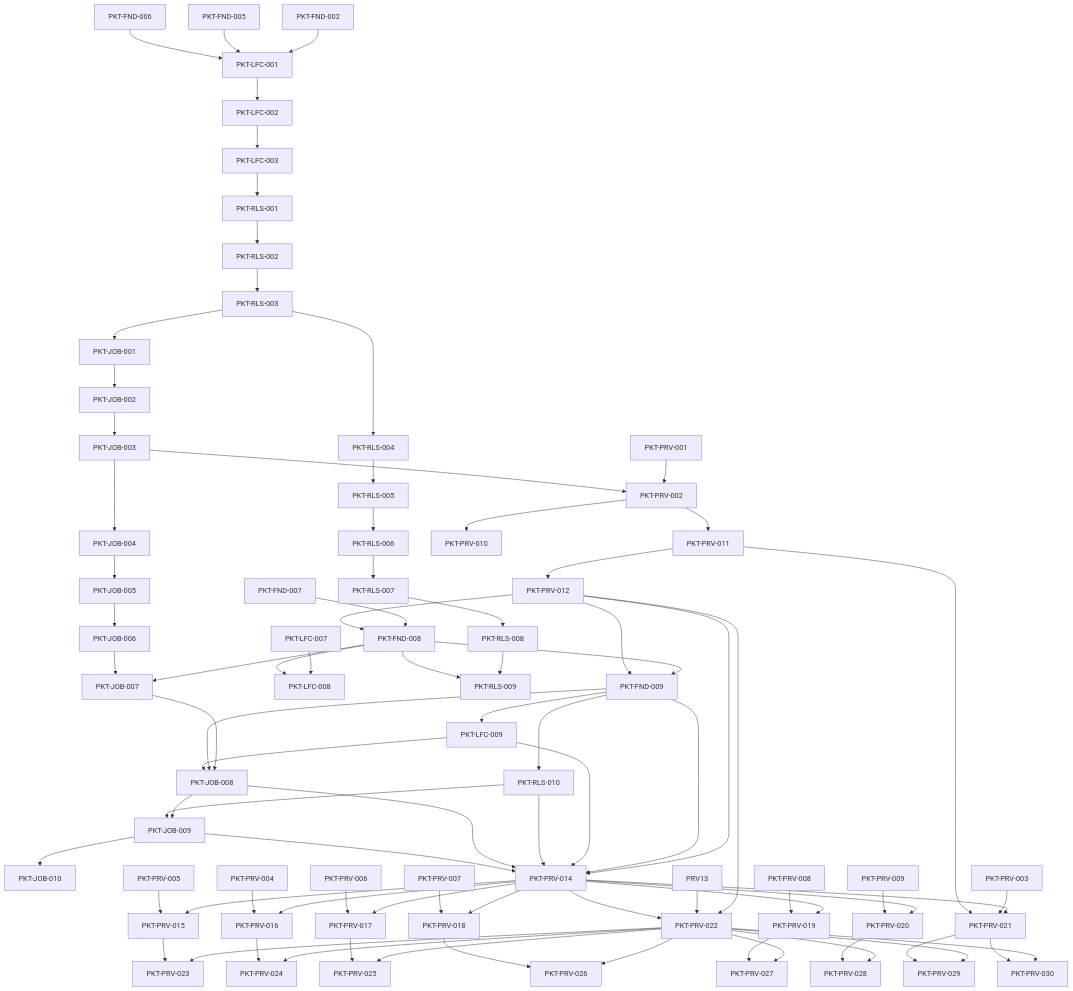
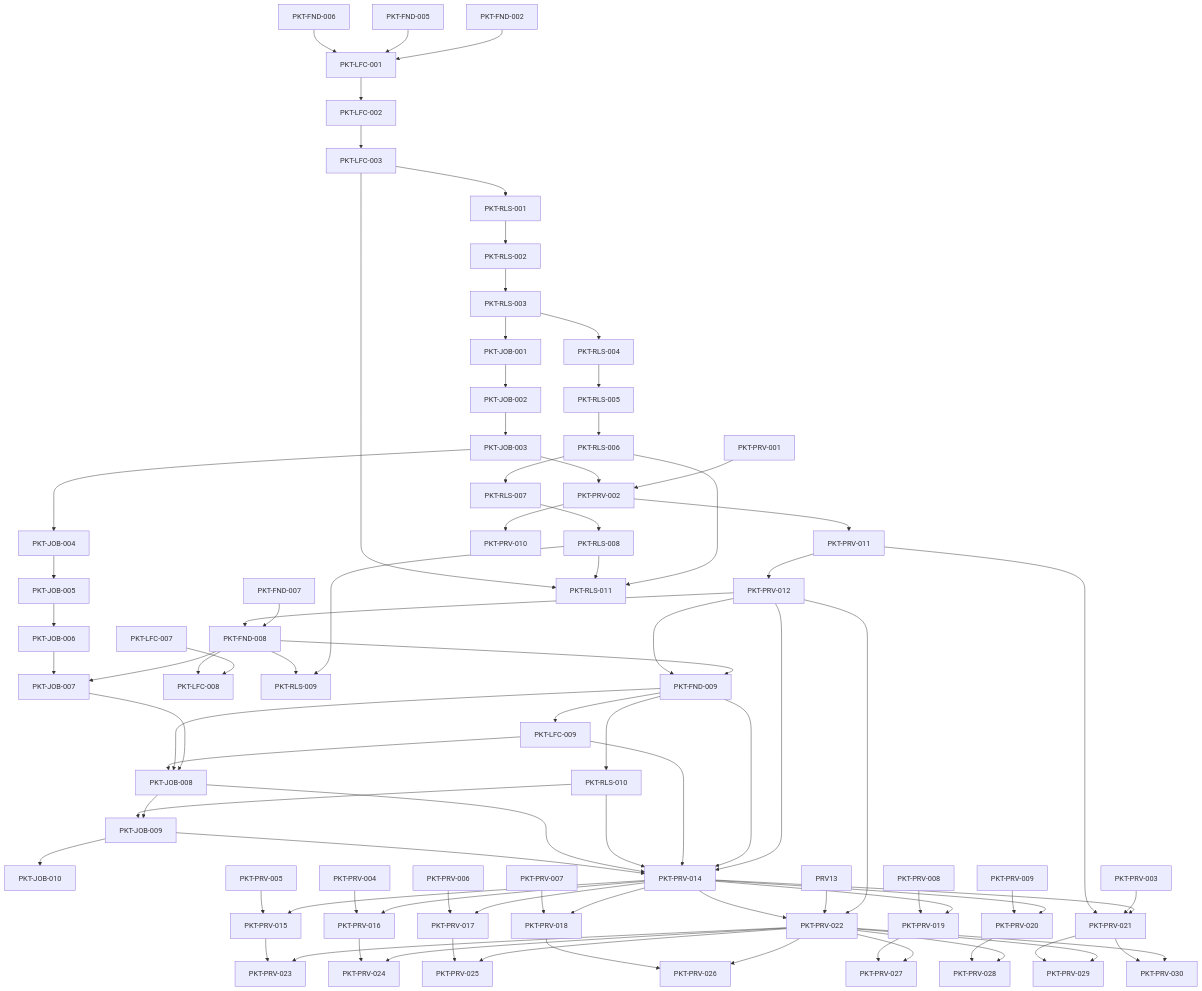
Before and after one commit to Audumla/AUDiaGentic: the diagram in docs/implementation/20_Packet_Dependency_Graph.md, drawn with Mermaid. The commit also changed 33 other files, not shown here.

```diff
--- a/docs/implementation/20_Packet_Dependency_Graph.md
+++ b/docs/implementation/20_Packet_Dependency_Graph.md
@@ -50,6 +50,9 @@
   PRV12 --> FND9
   FND9 --> LFC9[PKT-LFC-009]
   FND9 --> RLS10[PKT-RLS-010]
+  RLS6 --> RLS11[PKT-RLS-011]
+  RLS8 --> RLS11
+  LFC3 --> RLS11
   JOB6 --> JOB7
   JOB7 --> JOB8[PKT-JOB-008]
   FND9 --> JOB8
```
